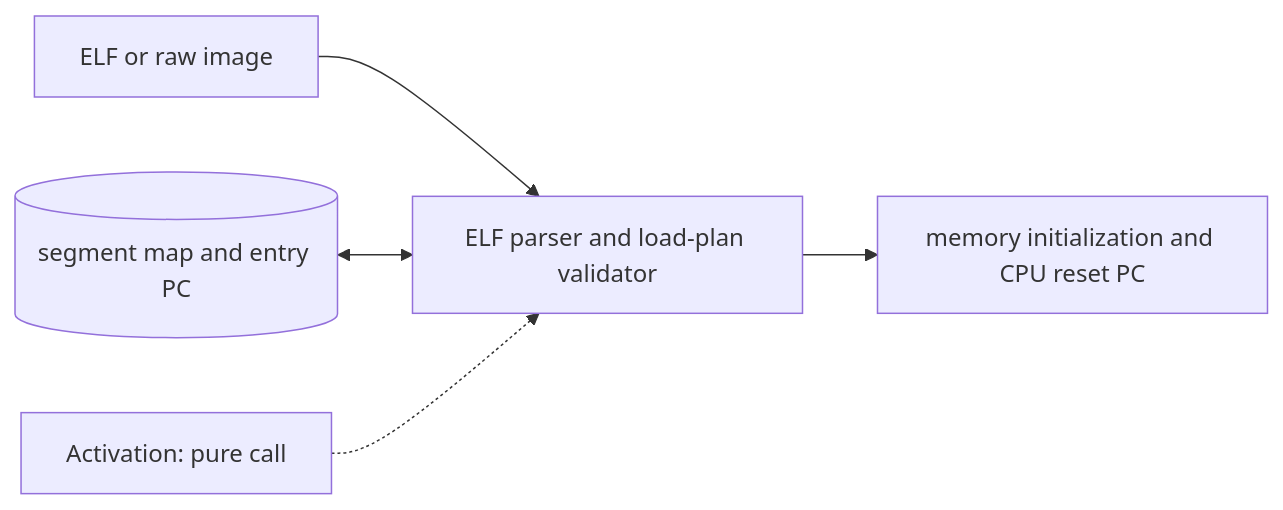
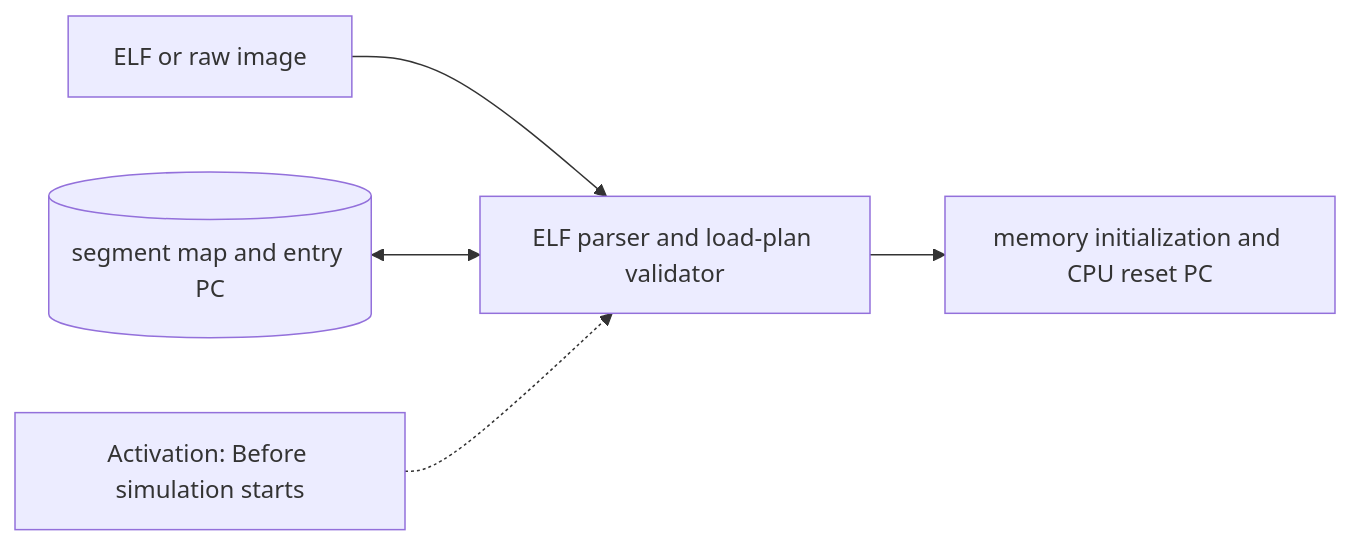
The diagram in docs/modules/elf-loader-and-program-image.md (qsbit-org/qsbit-sim), drawn with Mermaid before and after one commit. The commit also changed other lines of this file and 24 other files, not shown here.

````diff
--- a/docs/modules/elf-loader-and-program-image.md
+++ b/docs/modules/elf-loader-and-program-image.md
@@ -17,7 +17,7 @@
 ```mermaid
 flowchart LR
     U["ELF or raw image"] --> P["ELF parser and load-plan validator"]
     S[("segment map and entry PC")] <--> P
     P --> D["memory initialization and CPU reset PC"]
-    K["Activation: pure call"] -.-> P
+    K["Activation: Before simulation starts"] -.-> P
 ```
````
